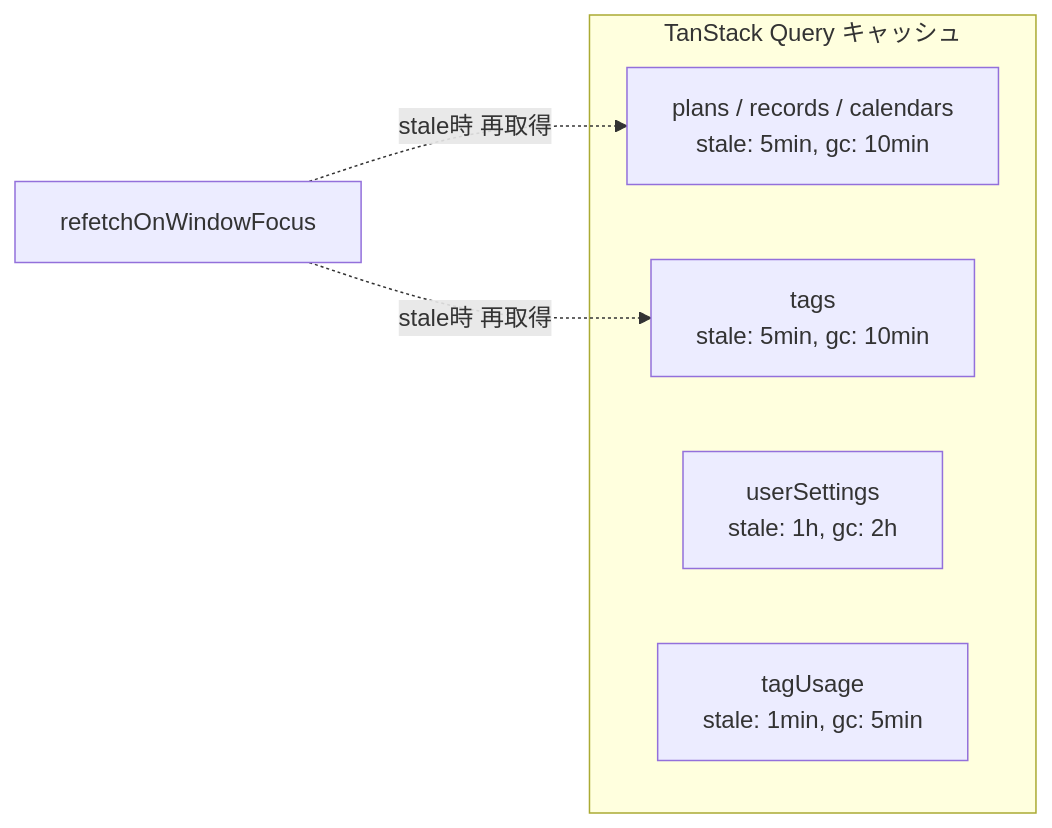
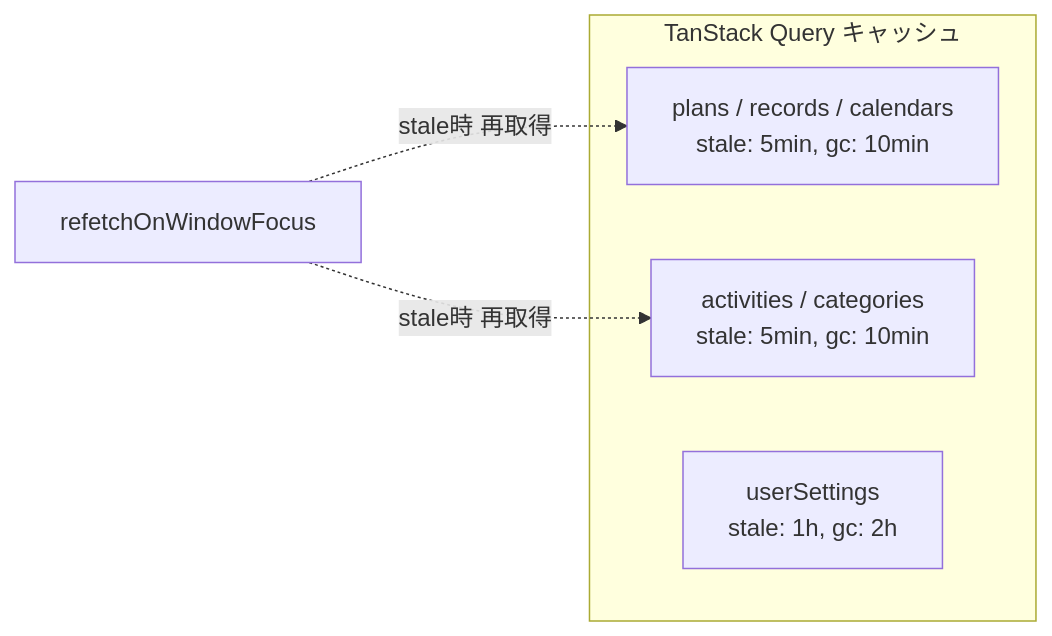
One commit to Dayopt/app changed the fourth of 6 diagrams in docs/engineering/architecture.md. Above: the diagram before and after it, drawn with Mermaid. The commit also changed other lines of this file and 10 other files, not shown here.

````diff
--- a/docs/engineering/architecture.md
+++ b/docs/engineering/architecture.md
@@ -138,12 +138,11 @@
 ```mermaid
 graph LR
 subgraph Cache["TanStack Query キャッシュ"]
 E["plans / records / calendars<br/>stale: 5min, gc: 10min"]
-T["tags<br/>stale: 5min, gc: 10min"]
+AC["activities / categories<br/>stale: 5min, gc: 10min"]
 US["userSettings<br/>stale: 1h, gc: 2h"]
-TU["tagUsage<br/>stale: 1min, gc: 5min"]
 end
 
     WF["refetchOnWindowFocus"] -.->|"stale時 再取得"| E
-    WF -.->|"stale時 再取得"| T
+    WF -.->|"stale時 再取得"| AC
 ```
````
